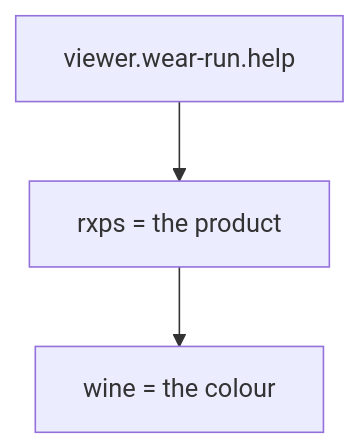
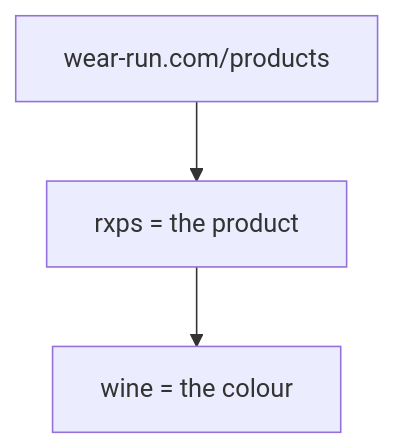
Before and after one commit to hateem2121/RUN-APPAREL-W.D: the diagram in docs/guide/glossary.md, drawn with Mermaid. The commit also changed other lines of this file and 141 other files, not shown here.

````diff
--- a/docs/guide/glossary.md
+++ b/docs/guide/glossary.md
@@ -32,5 +32,5 @@
 ```mermaid
 flowchart TB
-  A["viewer.wear-run.help"] --> B["rxps = the product"]
+  A["wear-run.com/products"] --> B["rxps = the product"]
   B --> C["wine = the colour"]
 ```
````
